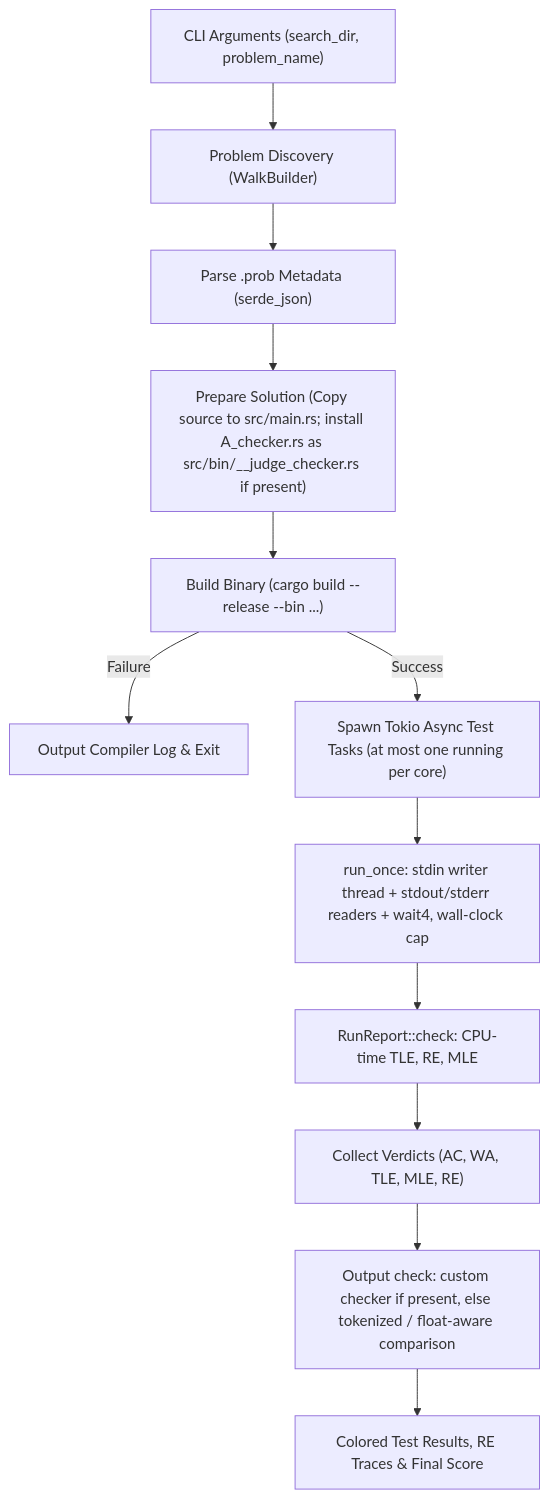
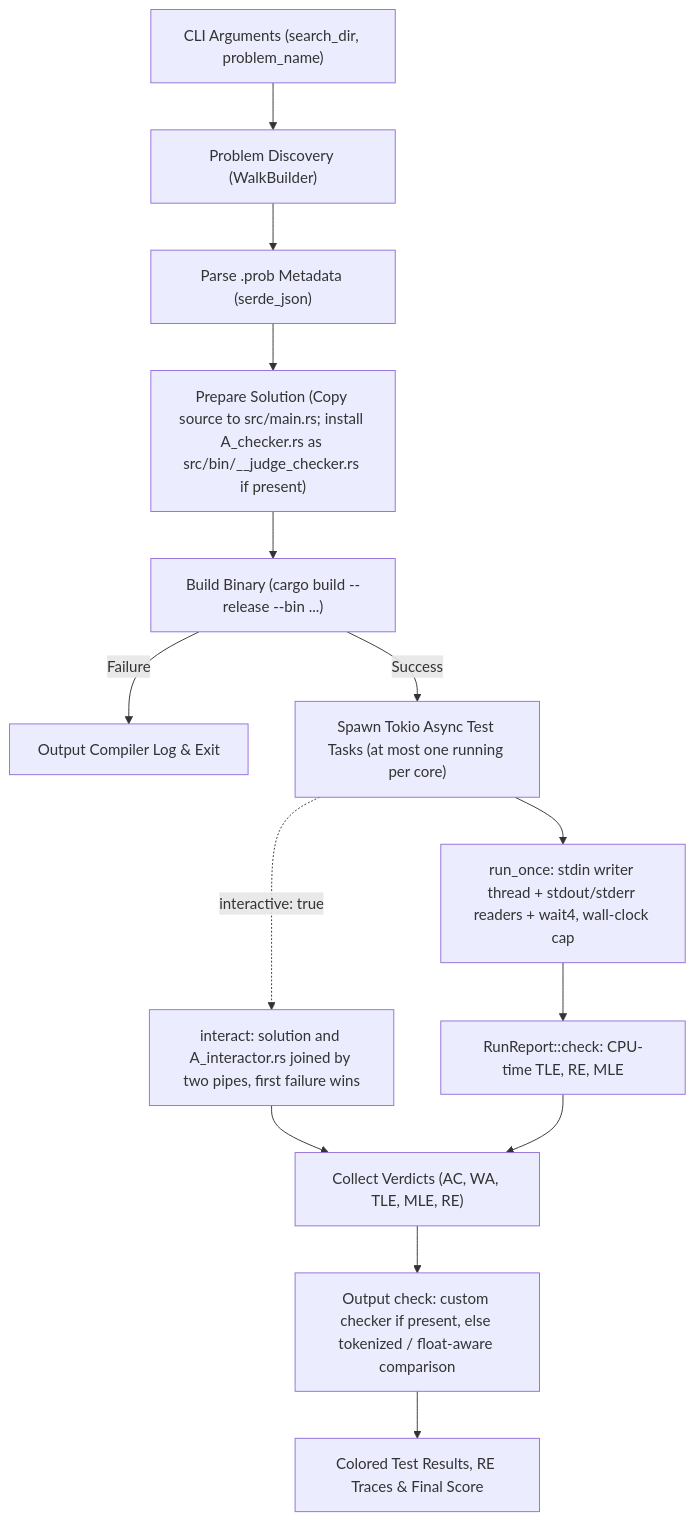
Before and after one commit to davidmiheev/cph_judge: the diagram in docs/arch.md, drawn with Mermaid. The commit also changed other lines of this file and 15 other files, not shown here.

````diff
--- a/docs/arch.md
+++ b/docs/arch.md
@@ -11,14 +11,16 @@
 ```mermaid
 flowchart TD
     A["CLI Arguments (search_dir, problem_name)"] --> B["Problem Discovery (WalkBuilder)"]
     B --> C["Parse .prob Metadata (serde_json)"]
     C --> D["Prepare Solution (Copy source to src/main.rs; install A_checker.rs as src/bin/__judge_checker.rs if present)"]
     D --> E["Build Binary (cargo build --release --bin ...)"]
     E -- Failure --> F["Output Compiler Log & Exit"]
     E -- Success --> G["Spawn Tokio Async Test Tasks (at most one running per core)"]
     G --> H["run_once: stdin writer thread + stdout/stderr readers + wait4, wall-clock cap"]
     H --> H2["RunReport::check: CPU-time TLE, RE, MLE"]
+    G -. "interactive: true" .-> H3["interact: solution and A_interactor.rs joined by two pipes, first failure wins"]
+    H3 --> I
     H2 --> I["Collect Verdicts (AC, WA, TLE, MLE, RE)"]
     I --> J["Output check: custom checker if present, else tokenized / float-aware comparison"]
     J --> K["Colored Test Results, RE Traces & Final Score"]
 ```
````
